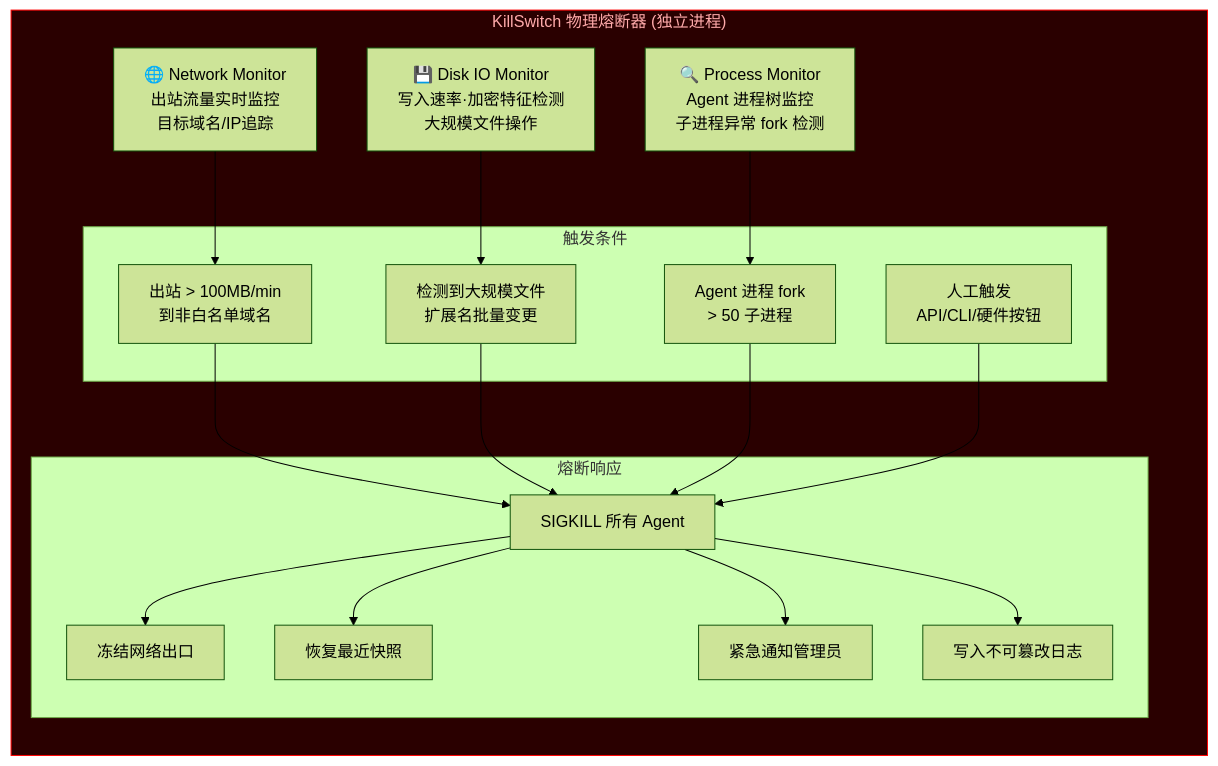
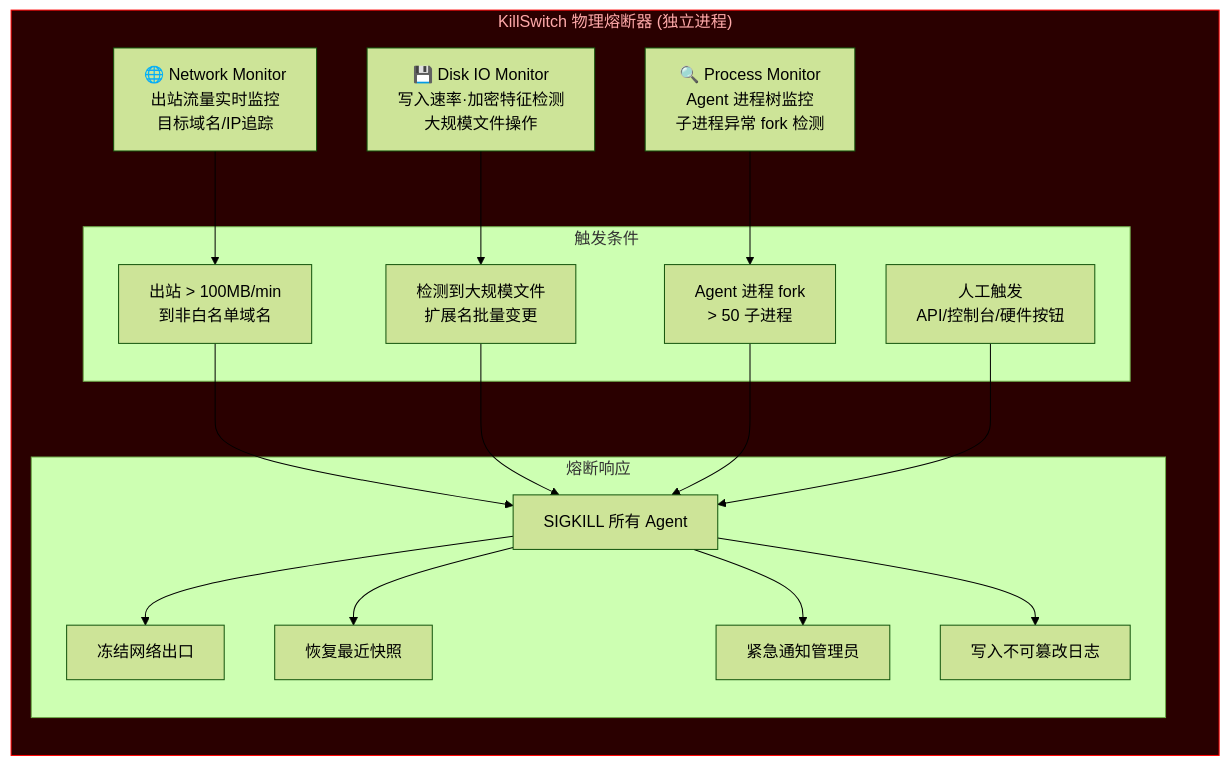
Before and after one commit to Yidhar/Embla_System: the ninth of 12 diagrams in doc/10-brainstem-layer-modules.md, drawn with Mermaid (forest theme). The commit also changed other lines of this file and 16 other files, not shown here.

First line of the commit message:
feat: Refactor architecture documentation for Brainstem, Brain, and Limbs layers

````diff
--- a/doc/10-brainstem-layer-modules.md
+++ b/doc/10-brainstem-layer-modules.md
@@ -513,36 +558,36 @@
 ```mermaid
 flowchart TB
     subgraph KillSwitch["KillSwitch 物理熔断器 (独立进程)"]
         direction TB
         NET_MON["🌐 Network Monitor<br/>出站流量实时监控<br/>目标域名/IP追踪"]
         IO_MON["💾 Disk IO Monitor<br/>写入速率·加密特征检测<br/>大规模文件操作"]
         PROC_MON["🔍 Process Monitor<br/>Agent 进程树监控<br/>子进程异常 fork 检测"]
 
         subgraph Triggers["触发条件"]
             T_NET["出站 > 100MB/min<br/>到非白名单域名"]
             T_CRYPT["检测到大规模文件<br/>扩展名批量变更"]
             T_FORK["Agent 进程 fork<br/>> 50 子进程"]
-            T_MANUAL["人工触发<br/>API/CLI/硬件按钮"]
+            T_MANUAL["人工触发<br/>API/控制台/硬件按钮"]
         end
 
         subgraph Response["熔断响应"]
             R_KILL["SIGKILL 所有 Agent"]
             R_NET["冻结网络出口"]
             R_SNAP["恢复最近快照"]
             R_NOTIFY["紧急通知管理员"]
             R_LOG["写入不可篡改日志"]
         end
     end
 
     NET_MON --> T_NET
     IO_MON --> T_CRYPT
     PROC_MON --> T_FORK
 
     T_NET & T_CRYPT & T_FORK & T_MANUAL --> R_KILL
     R_KILL --> R_NET
     R_KILL --> R_SNAP
     R_KILL --> R_NOTIFY
     R_KILL --> R_LOG
 
     style KillSwitch fill:#2a0000,stroke:#ff0000,color:#ffaaaa
 ```
````
